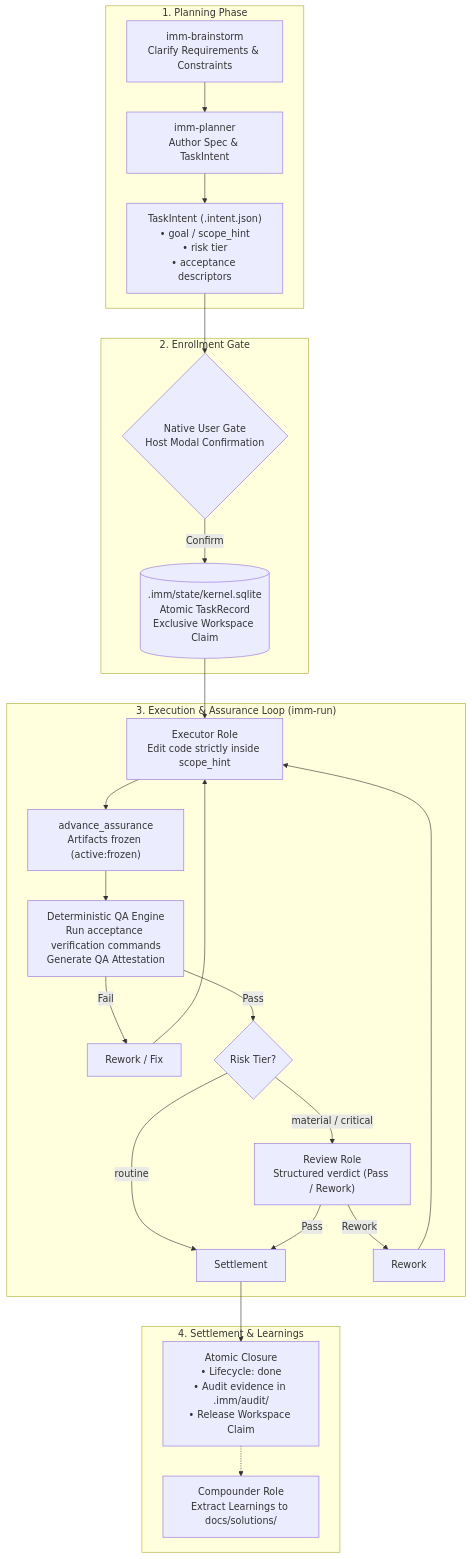
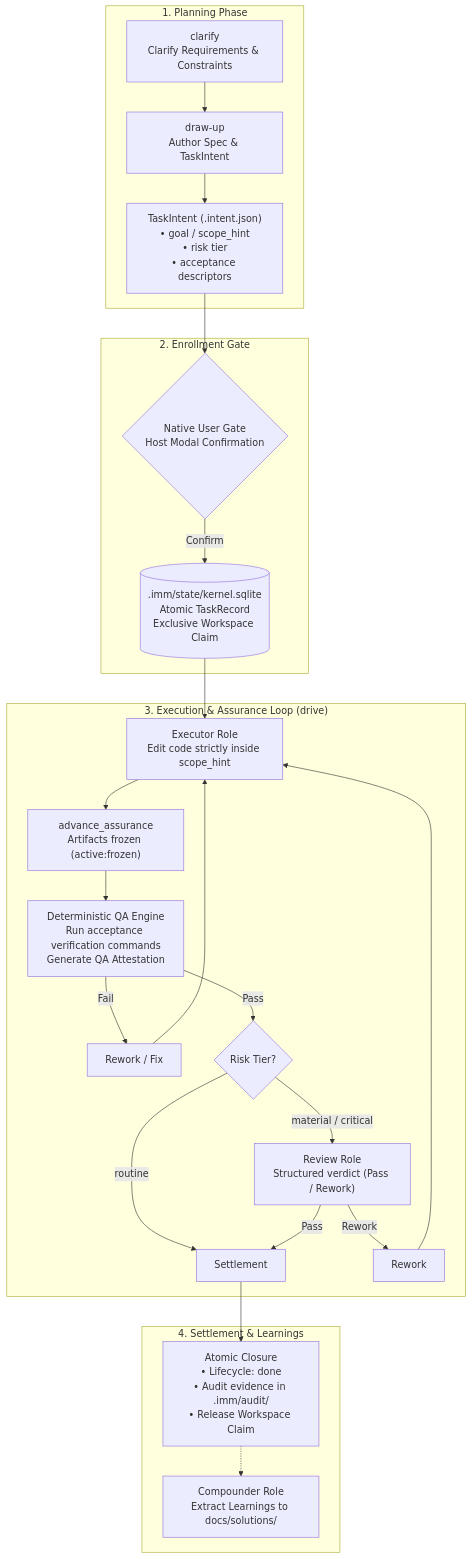
The first of 2 diagrams in README.md (dereknex/immune-brain), drawn with Mermaid before and after one commit. The commit also changed other lines of this file and 175 other files, not shown here.

````diff
--- a/README.md
+++ b/README.md
@@ -493,34 +493,34 @@
 ```mermaid
 flowchart TD
     subgraph Planning ["1. Planning Phase"]
-        B["imm-brainstorm<br/>Clarify Requirements & Constraints"] --> P["imm-planner<br/>Author Spec & TaskIntent"]
+        B["clarify<br/>Clarify Requirements & Constraints"] --> P["draw-up<br/>Author Spec & TaskIntent"]
         P --> TI["TaskIntent (.intent.json)<br/>• goal / scope_hint<br/>• risk tier<br/>• acceptance descriptors"]
     end
 
     subgraph Enrollment ["2. Enrollment Gate"]
         TI --> EG{"Native User Gate<br/>Host Modal Confirmation"}
         EG -->|Confirm| KS[(".imm/state/kernel.sqlite<br/>Atomic TaskRecord<br/>Exclusive Workspace Claim")]
     end
 
-    subgraph Loop ["3. Execution & Assurance Loop (imm-run)"]
+    subgraph Loop ["3. Execution & Assurance Loop (drive)"]
         KS --> EX["Executor Role<br/>Edit code strictly inside scope_hint"]
         EX --> FRZ["advance_assurance<br/>Artifacts frozen (active:frozen)"]
         FRZ --> QA["Deterministic QA Engine<br/>Run acceptance verification commands<br/>Generate QA Attestation"]
         
         QA -->|Fail| RW1["Rework / Fix"]
         RW1 --> EX
         
         QA -->|Pass| RK{"Risk Tier?"}
         RK -->|routine| ST["Settlement"]
         RK -->|material / critical| RV["Review Role<br/>Structured verdict (Pass / Rework)"]
         
         RV -->|Rework| RW2["Rework"]
         RW2 --> EX
         RV -->|Pass| ST
     end
 
     subgraph Settlement ["4. Settlement & Learnings"]
         ST --> CLS["Atomic Closure<br/>• Lifecycle: done<br/>• Audit evidence in .imm/audit/<br/>• Release Workspace Claim"]
         CLS -.-> CP["Compounder Role<br/>Extract Learnings to docs/solutions/"]
     end
 ```
````
